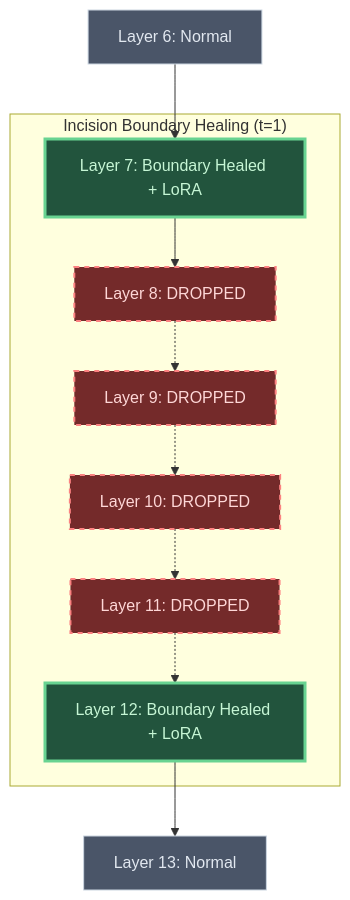
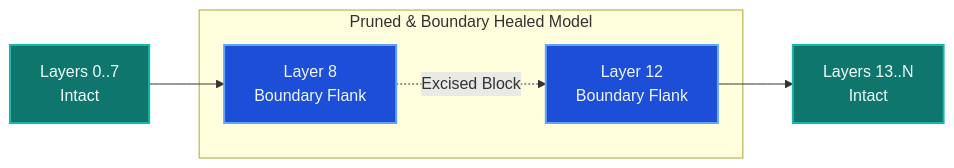
Before and after one commit to SakshamKapoor2911/tim-mgdt: the diagram in README.md, drawn with Mermaid. The commit also changed other lines of this file and 7 other files, not shown here.

````diff
--- a/README.md
+++ b/README.md
@@ -14,25 +15,16 @@
 ```mermaid
-graph TD
-    classDef default fill:#2D3748,stroke:#A0AEC0,stroke-width:2px,color:#FFFFFF;
-    classDef dropped fill:#742A2A,stroke:#FC8181,stroke-width:2px,stroke-dasharray: 5 5,color:#FED7D7;
-    classDef healed fill:#22543D,stroke:#68D391,stroke-width:3px,color:#C6F6D5;
-    classDef normal fill:#4A5568,stroke:#CBD5E0,stroke-width:1px,color:#E2E8F0;
+graph LR
+    classDef default fill:#1E293B,stroke:#64748B,stroke-width:2px,color:#F8FAFC;
+    classDef dense fill:#0F766E,stroke:#14B8A6,stroke-width:2px,color:#F0FDFA;
+    classDef drop fill:#991B1B,stroke:#F87171,stroke-width:2px,stroke-dasharray: 4 4,color:#FEF2F2;
+    classDef healed fill:#1D4ED8,stroke:#60A5FA,stroke-width:2px,color:#EFF6FF;
 
-    L6[Layer 6: Normal]:::normal --> L7
-    L7[Layer 7: Boundary Healed + LoRA]:::healed --> L8
-    L8[Layer 8: DROPPED]:::dropped -.-> L9
-    L9[Layer 9: DROPPED]:::dropped -.-> L10
-    L10[Layer 10: DROPPED]:::dropped -.-> L11
-    L11[Layer 11: DROPPED]:::dropped -.-> L12
-    L12[Layer 12: Boundary Healed + LoRA]:::healed --> L13
-    L13[Layer 13: Normal]:::normal
-    
-    subgraph "Incision Boundary Healing (t=1)"
-    L7
+    L0[Layers 0..7<br/>Intact]:::dense --> L8[Layer 8<br/>Boundary Flank]:::healed
+    L8 -.->|Excised Block| L12[Layer 12<br/>Boundary Flank]:::healed
+    L12 --> L13[Layers 13..N<br/>Intact]:::dense
+
+    subgraph Pruned & Boundary Healed Model
     L8
-    L9
-    L10
-    L11
     L12
     end
 ```
````
